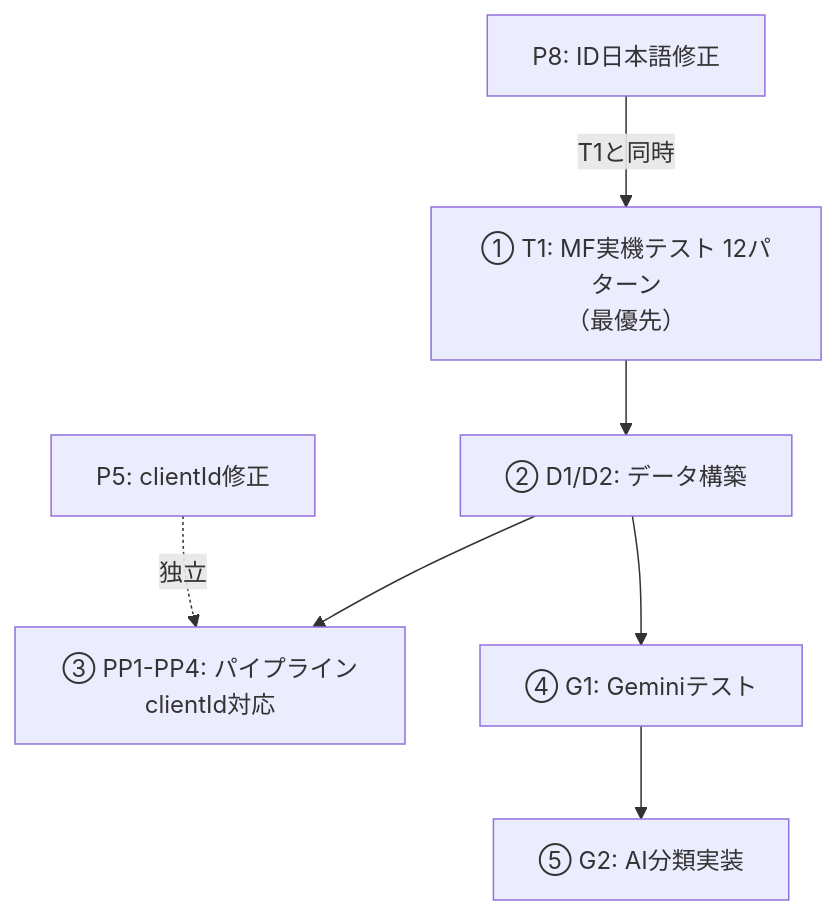
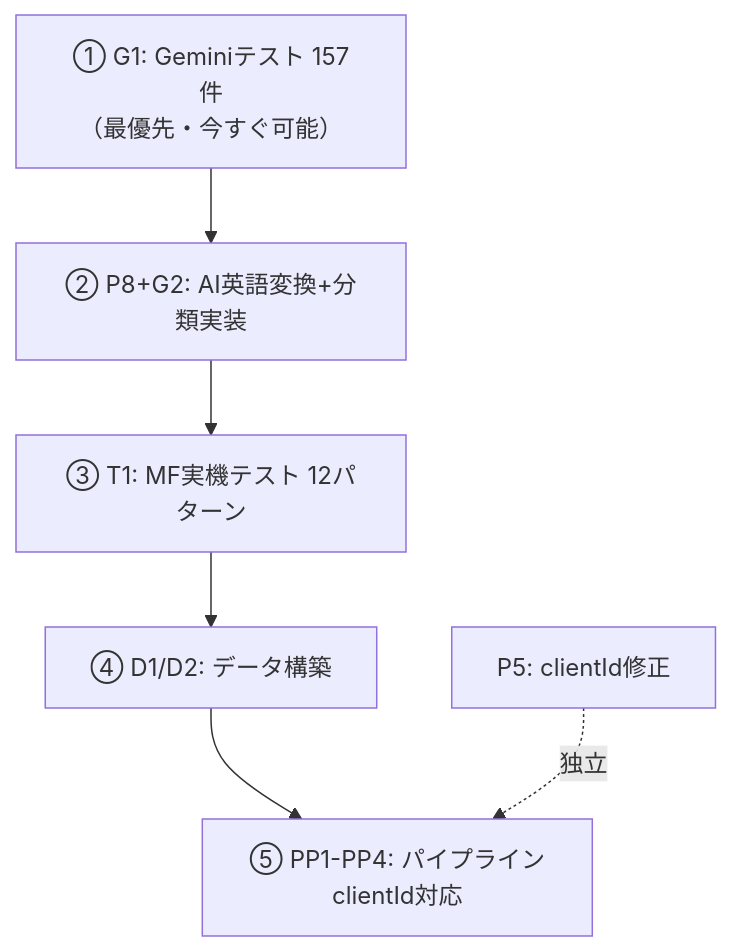
The diagram in docs/genzai/43_master_factsheet.md (tani0120/receipt-app), drawn with Mermaid before and after one commit. The commit also changed other lines of this file and 18 other files, not shown here.

````diff
--- a/docs/genzai/43_master_factsheet.md
+++ b/docs/genzai/43_master_factsheet.md
@@ -754,9 +765,8 @@
 ```mermaid
 graph TD
-    P8["P8: ID日本語修正"] -->|T1と同時| T1
-    T1["① T1: MF実機テスト 12パターン<br>（最優先）"] --> D1["② D1/D2: データ構築"]
-    D1 --> PP["③ PP1-PP4: パイプラインclientId対応"]
-    D1 --> G1["④ G1: Geminiテスト"]
-    G1 --> G2["⑤ G2: AI分類実装"]
+    G1["① G1: Geminiテスト 157件<br>（最優先・今すぐ可能）"] --> P8G2["② P8+G2: AI英語変換+分類実装"]
+    P8G2 --> T1["③ T1: MF実機テスト 12パターン"]
+    T1 --> D1["④ D1/D2: データ構築"]
+    D1 --> PP["⑤ PP1-PP4: パイプラインclientId対応"]
     P5["P5: clientId修正"] -.->|独立| PP
 ```
````
